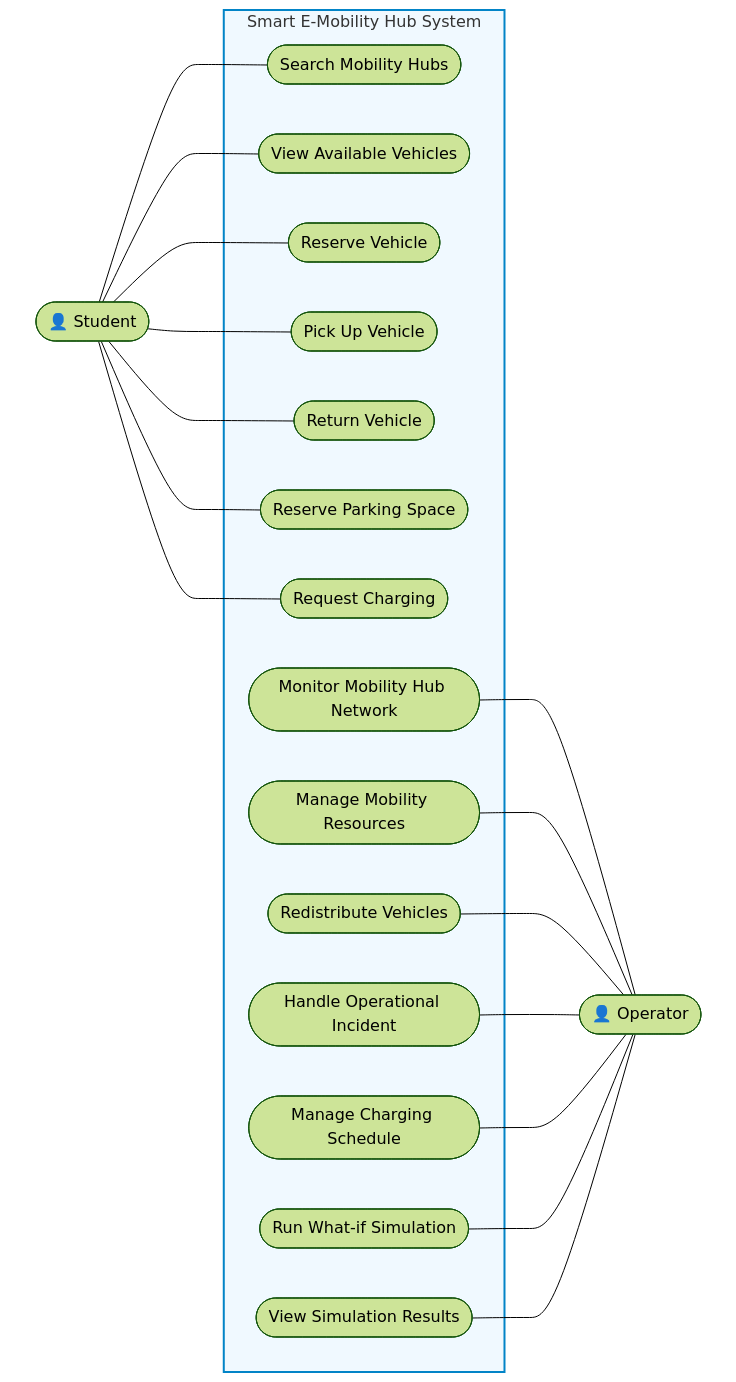
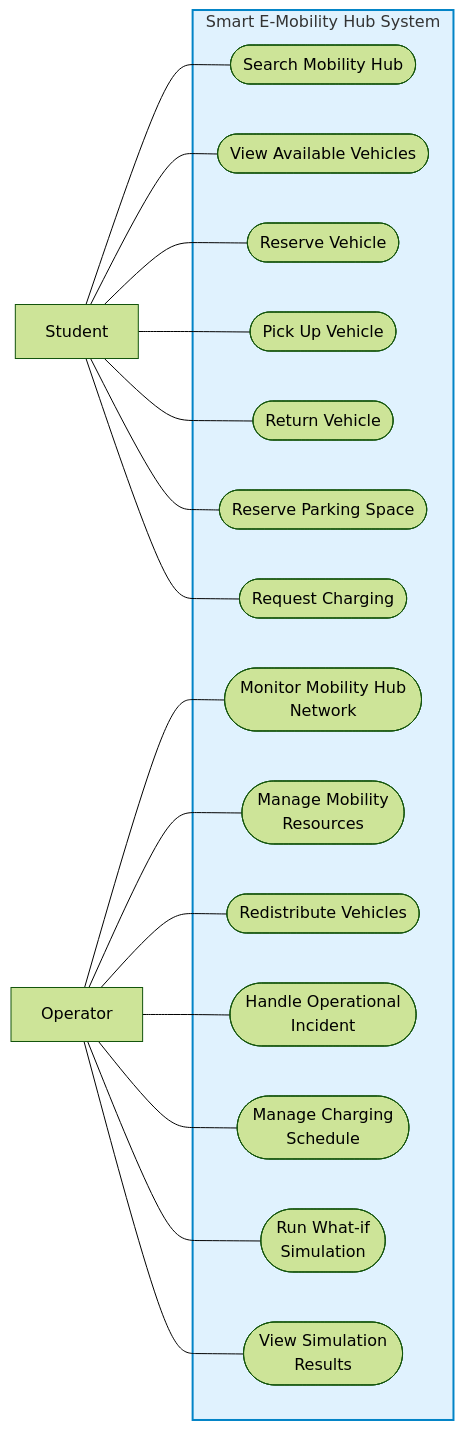
One commit to YdtTran/software-engineerning changed the second of 30 diagrams in 01_Diagram/01_Usecase_Diagram/PLANTUML_ALL.md. Above: the diagram before and after it, drawn with Mermaid (forest theme). The commit also changed other lines of this file and 217 other files, not shown here.

````diff
--- a/01_Diagram/01_Usecase_Diagram/PLANTUML_ALL.md
+++ b/01_Diagram/01_Usecase_Diagram/PLANTUML_ALL.md
@@ -79,48 +50,36 @@
 ```mermaid
 flowchart LR
-    subgraph LeftActors [" "]
-        Student(["👤 Student"])
-    end
-
-    subgraph SystemBoundary ["Smart E-Mobility Hub System"]
-        UC_S1(["Search Mobility Hubs"])
-        UC_S2(["View Available Vehicles"])
-        UC_S3(["Reserve Vehicle"])
-        UC_S4(["Pick Up Vehicle"])
-        UC_S5(["Return Vehicle"])
-        UC_S6(["Reserve Parking Space"])
-        UC_S7(["Request Charging"])
-
-        UC_O1(["Monitor Mobility Hub Network"])
-        UC_O2(["Manage Mobility Resources"])
-        UC_O3(["Redistribute Vehicles"])
-        UC_O4(["Handle Operational Incident"])
-        UC_O5(["Manage Charging Schedule"])
-        UC_O6(["Run What-if Simulation"])
-        UC_O7(["View Simulation Results"])
-    end
-
-    subgraph RightActors [" "]
-        Operator(["👤 Operator"])
-    end
-
-    Student --- UC_S1
-    Student --- UC_S2
-    Student --- UC_S3
-    Student --- UC_S4
-    Student --- UC_S5
-    Student --- UC_S6
-    Student --- UC_S7
-
-    UC_O1 --- Operator
-    UC_O2 --- Operator
-    UC_O3 --- Operator
-    UC_O4 --- Operator
-    UC_O5 --- Operator
-    UC_O6 --- Operator
-    UC_O7 --- Operator
-
-    style LeftActors fill:none,stroke:none
-    style RightActors fill:none,stroke:none
-    style SystemBoundary fill:#f0f9ff,stroke:#0284c7,stroke-width:2px
+  actor_left["Student"]
+  actor_right["Operator"]
+  subgraph sys_boundary["Smart E-Mobility Hub System"]
+    uc_s1(["Search Mobility Hub"])
+    uc_s2(["View Available Vehicles"])
+    uc_s3(["Reserve Vehicle"])
+    uc_s4(["Pick Up Vehicle"])
+    uc_s5(["Return Vehicle"])
+    uc_s6(["Reserve Parking Space"])
+    uc_s7(["Request Charging"])
+    uc_o1(["Monitor Mobility Hub<br/>Network"])
+    uc_o2(["Manage Mobility<br/>Resources"])
+    uc_o3(["Redistribute Vehicles"])
+    uc_o4(["Handle Operational<br/>Incident"])
+    uc_o5(["Manage Charging<br/>Schedule"])
+    uc_o6(["Run What-if<br/>Simulation"])
+    uc_o7(["View Simulation<br/>Results"])
+  end
+  actor_left --- uc_s1
+  actor_left --- uc_s2
+  actor_left --- uc_s3
+  actor_left --- uc_s4
+  actor_left --- uc_s5
+  actor_left --- uc_s6
+  actor_left --- uc_s7
+  actor_right --- uc_o1
+  actor_right --- uc_o2
+  actor_right --- uc_o3
+  actor_right --- uc_o4
+  actor_right --- uc_o5
+  actor_right --- uc_o6
+  actor_right --- uc_o7
+  style sys_boundary fill:#e0f2fe,stroke:#0284c7,stroke-width:2px
 ```
````
